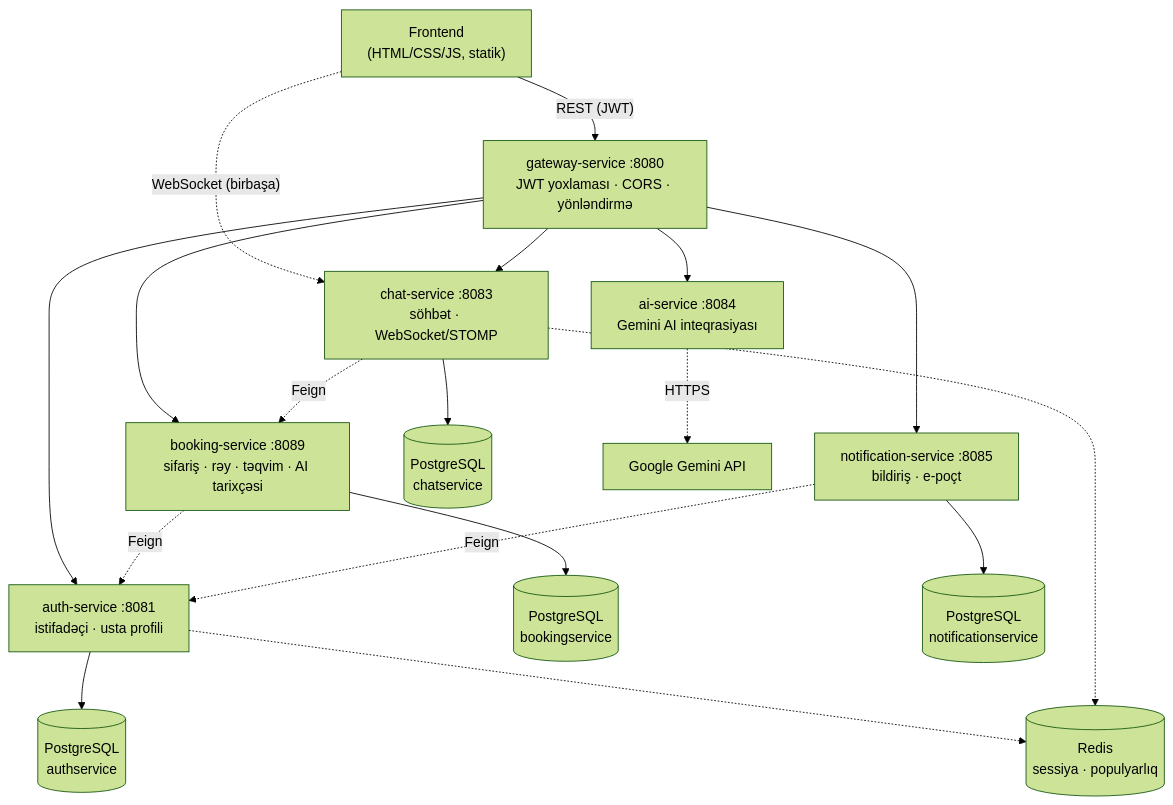
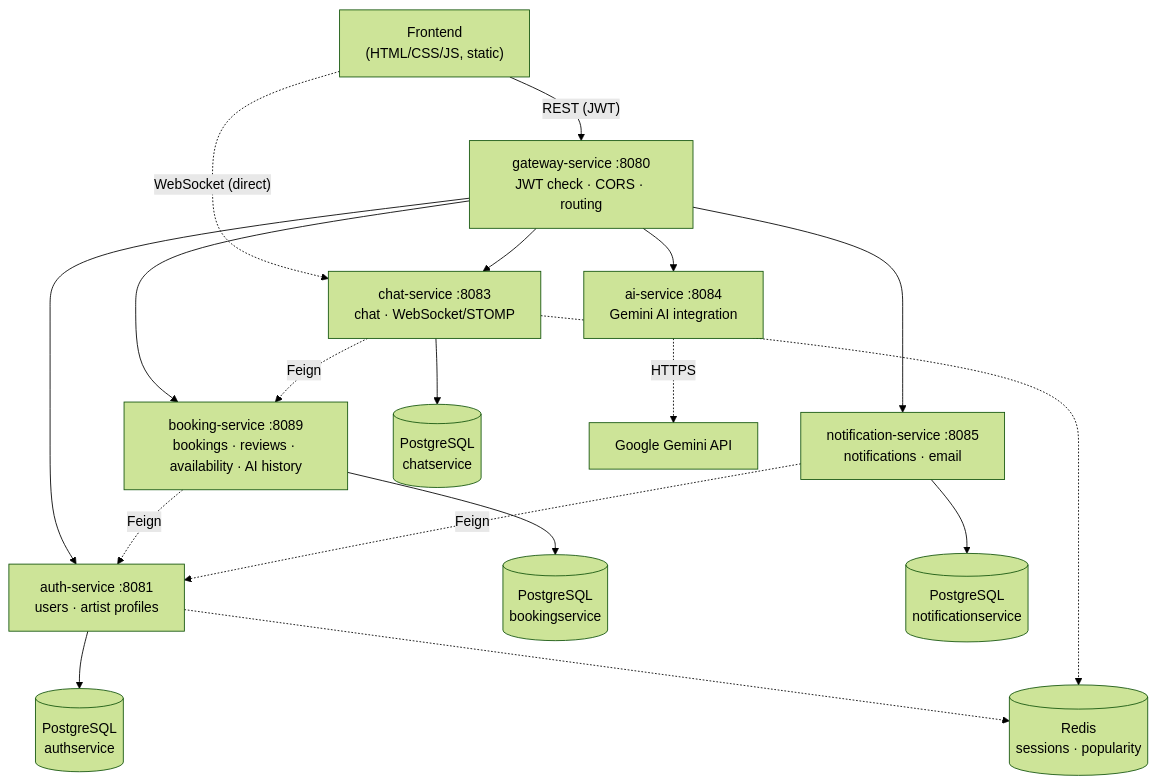
One commit to Kanan-peoiks/Signum_Animae changed the diagram in README.md. Above: the diagram before and after it, drawn with Mermaid (forest theme). The commit also changed other lines of this file, not shown here.

````diff
--- a/README.md
+++ b/README.md
@@ -78,26 +78,26 @@
 ```mermaid
 flowchart TB
-    FE["Frontend<br/>(HTML/CSS/JS, statik)"]
+    FE["Frontend<br/>(HTML/CSS/JS, static)"]
 
-    FE -- "REST (JWT)" --> GW["gateway-service :8080<br/>JWT yoxlaması · CORS · yönləndirmə"]
-    FE -. "WebSocket (birbaşa)" .-> CHAT
+    FE -- "REST (JWT)" --> GW["gateway-service :8080<br/>JWT check · CORS · routing"]
+    FE -. "WebSocket (direct)" .-> CHAT
 
-    GW --> AUTH["auth-service :8081<br/>istifadəçi · usta profili"]
-    GW --> BOOK["booking-service :8089<br/>sifariş · rəy · təqvim · AI tarixçəsi"]
-    GW --> CHAT["chat-service :8083<br/>söhbət · WebSocket/STOMP"]
-    GW --> AI["ai-service :8084<br/>Gemini AI inteqrasiyası"]
-    GW --> NOTIF["notification-service :8085<br/>bildiriş · e-poçt"]
+    GW --> AUTH["auth-service :8081<br/>users · artist profiles"]
+    GW --> BOOK["booking-service :8089<br/>bookings · reviews · availability · AI history"]
+    GW --> CHAT["chat-service :8083<br/>chat · WebSocket/STOMP"]
+    GW --> AI["ai-service :8084<br/>Gemini AI integration"]
+    GW --> NOTIF["notification-service :8085<br/>notifications · email"]
 
     AUTH --> PGA[("PostgreSQL<br/>authservice")]
     BOOK --> PGB[("PostgreSQL<br/>bookingservice")]
     CHAT --> PGC[("PostgreSQL<br/>chatservice")]
     NOTIF --> PGN[("PostgreSQL<br/>notificationservice")]
 
-    AUTH -.-> REDIS[("Redis<br/>sessiya · populyarlıq")]
+    AUTH -.-> REDIS[("Redis<br/>sessions · popularity")]
     CHAT -.-> REDIS
 
     BOOK -. "Feign" .-> AUTH
     CHAT -. "Feign" .-> BOOK
     NOTIF -. "Feign" .-> AUTH
     AI -. "HTTPS" .-> GEMINI["Google Gemini API"]
 ```
````
